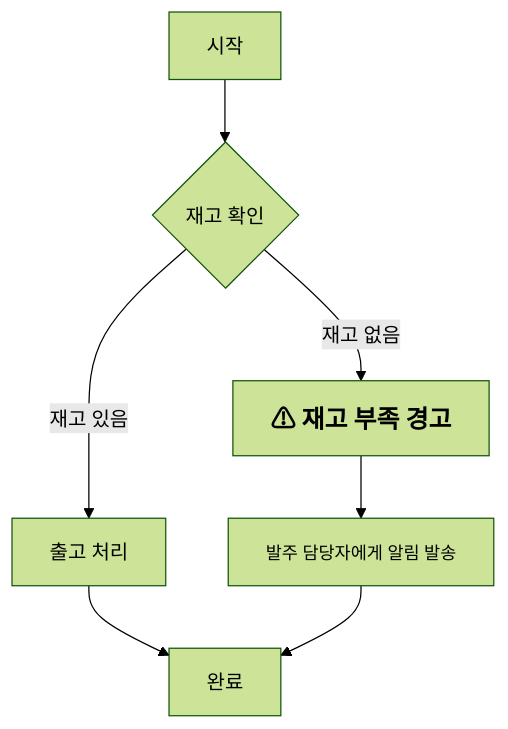
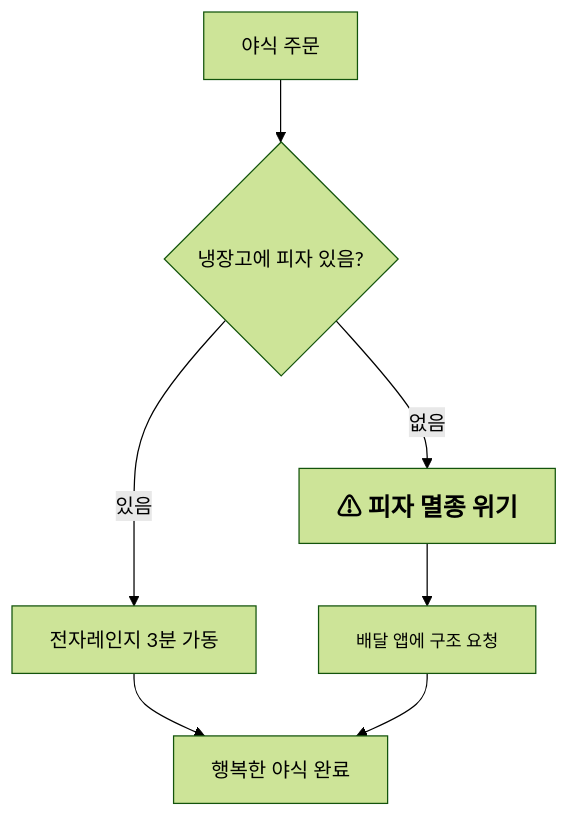
One commit to kimpro82/MyWebPractice changed the first of 6 diagrams in Mermaid/README.md. Above: the diagram before and after it, drawn with Mermaid (forest theme). The commit also changed other lines of this file and 6 other files, not shown here.

Commit message:
Mermaid: Update flowcharts with new scenarios and improve node descriptions

````diff
--- a/Mermaid/README.md
+++ b/Mermaid/README.md
@@ -28,9 +28,9 @@
 ```mermaid
 flowchart TD
-    A[시작] --> B{재고 확인}
-    B -->|재고 있음| C[출고 처리]
-    B -->|재고 없음| D["<span style='color:#d00000; font-size:20px; font-weight:bold;'>⚠ 재고 부족 경고</span>"]
-    D --> E["<span style='color:#0d47a1; font-size:14px;'>발주 담당자에게 알림 발송</span>"]
-    C --> F[완료]
+    A[야식 주문] --> B{냉장고에 피자 있음?}
+    B -->|있음| C[전자레인지 3분 가동]
+    B -->|없음| D["<span style='color:#d00000; font-size:20px; font-weight:bold;'>⚠ 피자 멸종 위기</span>"]
+    D --> E["<span style='color:#0d47a1; font-size:14px;'>배달 앱에 구조 요청</span>"]
+    C --> F[행복한 야식 완료]
     E --> F
 ```
````
